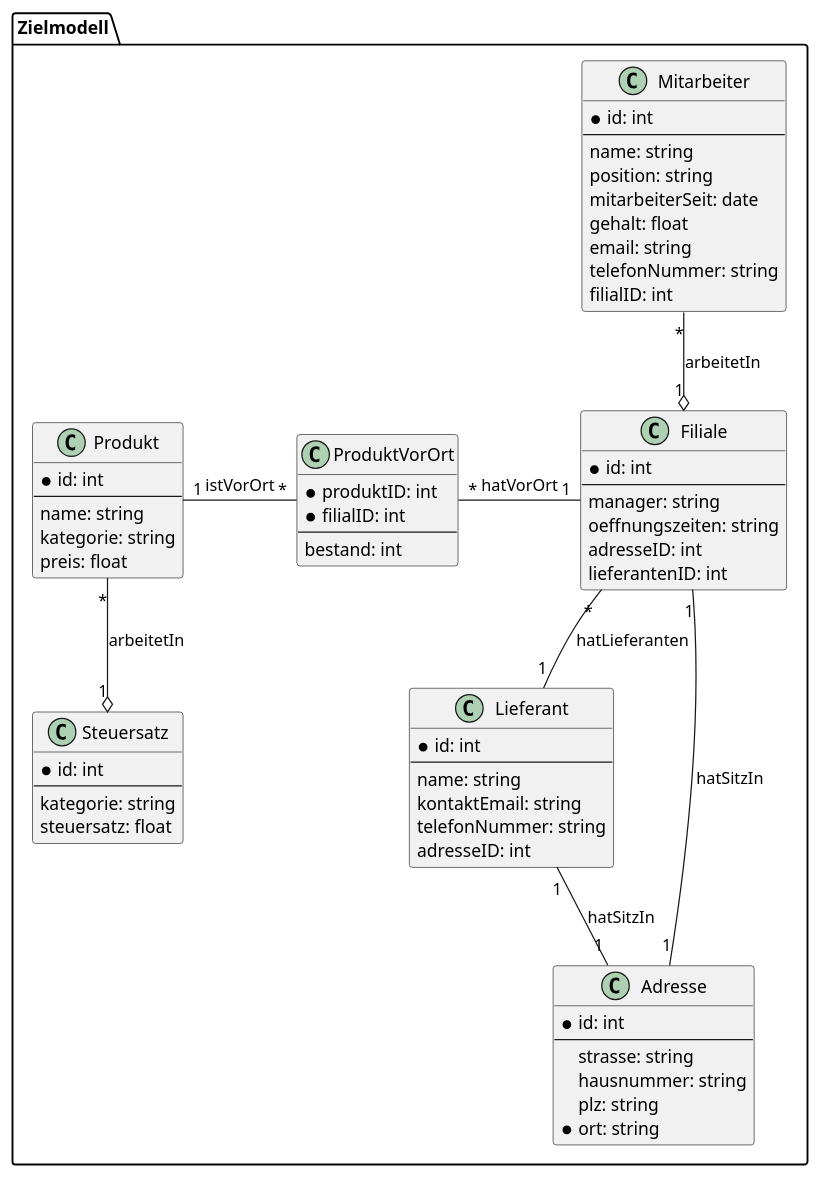
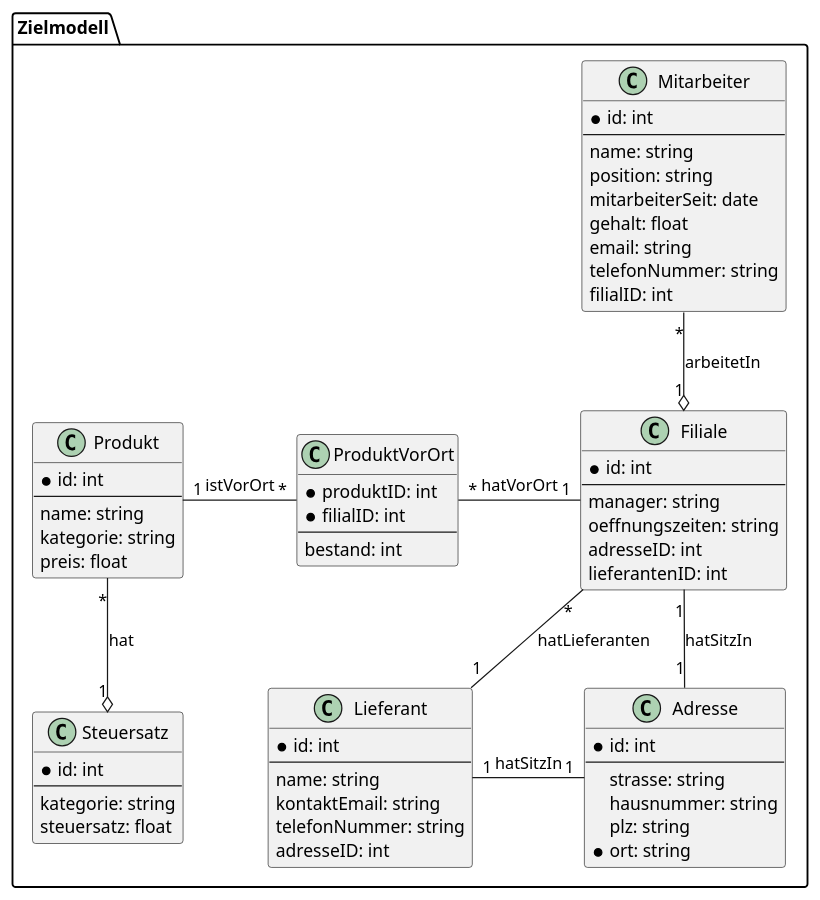
The diagram in Zielmodell/Zielmodell.plantuml (marius-a-mueller/avg-datenintegration), drawn with PlantUML before and after one commit. The commit also changed 1 other file, not shown here.

```diff
--- a/Zielmodell/Zielmodell.plantuml
+++ b/Zielmodell/Zielmodell.plantuml
@@ -1,73 +1,73 @@
 @startuml Zielmodell
 package Zielmodell {
     class Mitarbeiter {
         *id: int
         --
         name: string
         position: string
         mitarbeiterSeit: date
         gehalt: float
         email: string
         telefonNummer: string
         filialID: int
     }
     
     class Produkt {
         *id: int
         --
         name: string
         kategorie: string
         preis: float
     }
     
     class Steuersatz {
         *id: int
         --
         kategorie: string
         steuersatz: float
     }
     
     class ProduktVorOrt {
         *produktID: int
         *filialID: int
         --
         bestand: int
     }
     
     class Filiale {
         *id: int
         --
         manager: string
         oeffnungszeiten: string
         adresseID: int
         lieferantenID: int
     }
 
     class Adresse {
         *id: int
         --
         strasse: string
         hausnummer: string
         plz: string
         *ort: string
     }
 
     class Lieferant {
         *id: int
         --
         name: string
         kontaktEmail: string
         telefonNummer: string
         adresseID: int
     }
 
 Produkt "1" -right- "*" ProduktVorOrt : istVorOrt
 Filiale "1" -left- "*" ProduktVorOrt : hatVorOrt
 Mitarbeiter "*" --o "1" Filiale : arbeitetIn
-Produkt "*" --o "1" Steuersatz : arbeitetIn
+Produkt "*" --o "1" Steuersatz : hat
 Filiale "1" -- "1" Adresse : hatSitzIn
-Lieferant "1" -- "1" Adresse : hatSitzIn
+Lieferant "1" -right- "1" Adresse : hatSitzIn
 Filiale "*" -- "1" Lieferant : hatLieferanten
 
 }
 @enduml
```
